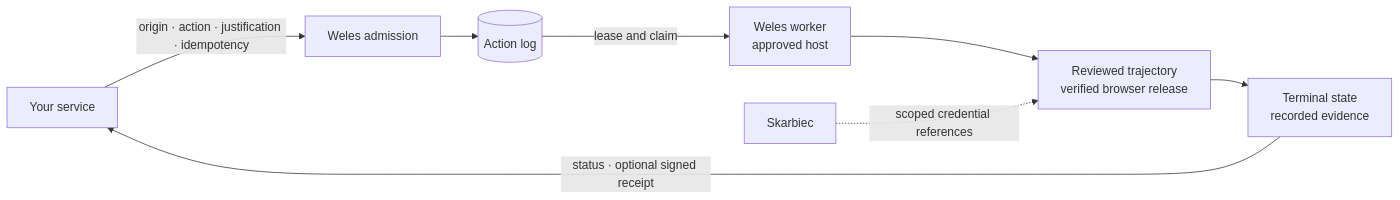
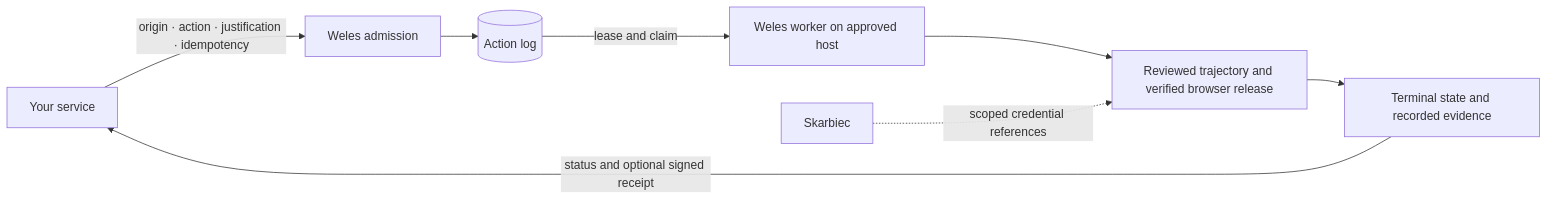
One commit to wisent-ai/weles changed the diagram in README.md. Above: the diagram before and after it, drawn with Mermaid. The commit also changed other lines of this file, not shown here.

````diff
--- a/README.md
+++ b/README.md
@@ -198,10 +127,10 @@
 ```mermaid
 flowchart LR
     caller["Your service"] -->|"origin · action · justification · idempotency"| admission["Weles admission"]
     admission --> queue[("Action log")]
-    queue -->|"lease and claim"| worker["Weles worker<br/>approved host"]
-    worker --> trajectory["Reviewed trajectory<br/>verified browser release"]
+    queue -->|"lease and claim"| worker["Weles worker on approved host"]
+    worker --> trajectory["Reviewed trajectory and verified browser release"]
     skarbiec["Skarbiec"] -. "scoped credential references" .-> trajectory
-    trajectory --> evidence["Terminal state<br/>recorded evidence"]
-    evidence -->|"status · optional signed receipt"| caller
+    trajectory --> evidence["Terminal state and recorded evidence"]
+    evidence -->|"status and optional signed receipt"| caller
 ```
````
